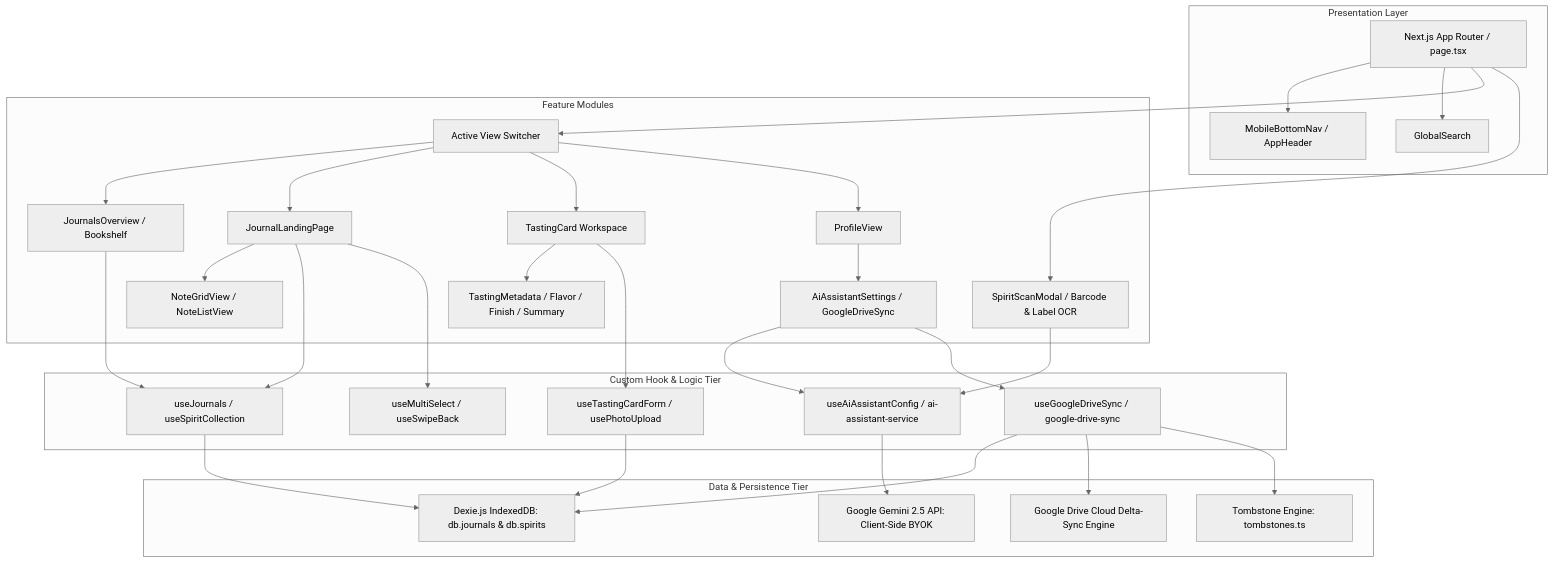
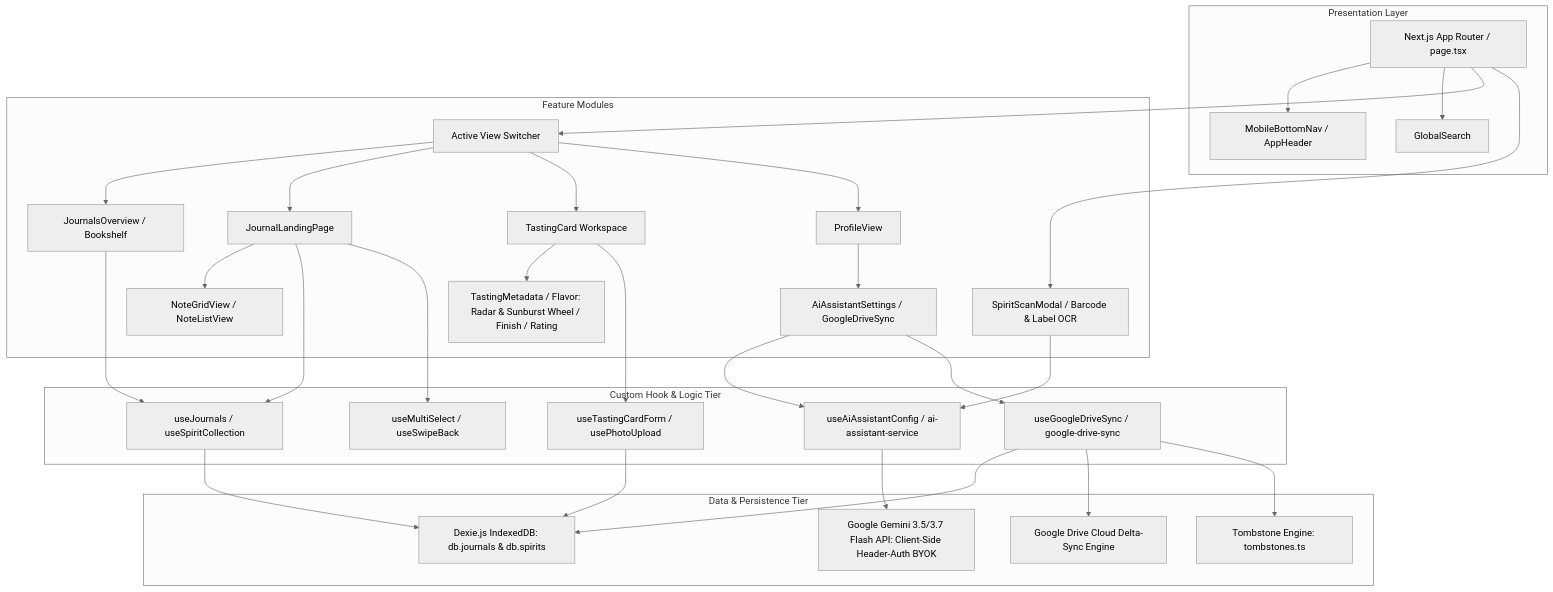
Before and after one commit to moujou/aquavitaeum: the diagram in docs/ARCHITECTURE.md, drawn with Mermaid (neutral theme). The commit also changed 47 other files, not shown here.

````diff
--- a/docs/ARCHITECTURE.md
+++ b/docs/ARCHITECTURE.md
@@ -11,36 +11,36 @@
 ```mermaid
 graph TD
   subgraph Presentation Layer
     A[Next.js App Router / page.tsx]
     A --> Nav[MobileBottomNav / AppHeader]
     A --> Search[GlobalSearch]
   end
 
   subgraph Feature Modules
     A --> Views[Active View Switcher]
     Views --> V1[JournalsOverview / Bookshelf]
     Views --> V2[JournalLandingPage]
     Views --> V3[TastingCard Workspace]
     Views --> V4[ProfileView]
 
     V2 --> Layouts[NoteGridView / NoteListView]
-    V3 --> TCSections[TastingMetadata / Flavor / Finish / Summary]
+    V3 --> TCSections[TastingMetadata / Flavor: Radar & Sunburst Wheel / Finish / Rating]
     V4 --> ProfSections[AiAssistantSettings / GoogleDriveSync]
     A --> Scanner[SpiritScanModal / Barcode & Label OCR]
   end
 
   subgraph Custom Hook & Logic Tier
     V1 & V2 --> HJ[useJournals / useSpiritCollection]
     V2 --> HMS[useMultiSelect / useSwipeBack]
     V3 --> HTC[useTastingCardForm / usePhotoUpload]
     ProfSections & Scanner --> HAI[useAiAssistantConfig / ai-assistant-service]
     ProfSections --> HGD[useGoogleDriveSync / google-drive-sync]
   end
 
   subgraph Data & Persistence Tier
     HJ & HTC & HGD --> Dexie[Dexie.js IndexedDB: db.journals & db.spirits]
     HGD --> GDrive[Google Drive Cloud Delta-Sync Engine]
-    HAI --> Gemini[Google Gemini 2.5 API: Client-Side BYOK]
+    HAI --> Gemini[Google Gemini 3.5/3.7 Flash API: Client-Side Header-Auth BYOK]
     HGD --> Tombs[Tombstone Engine: tombstones.ts]
   end
 ```
````
